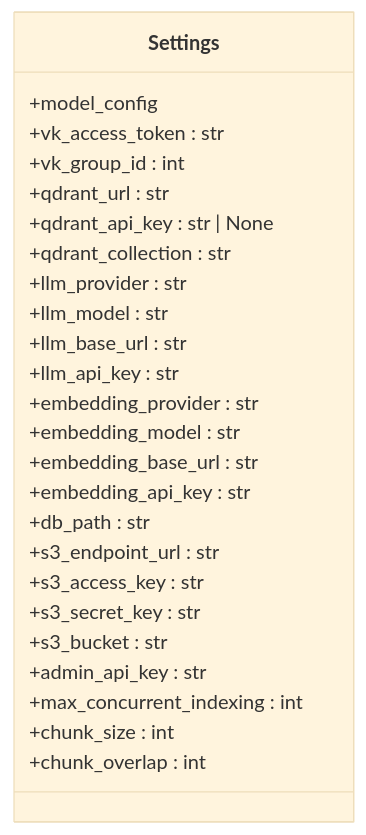
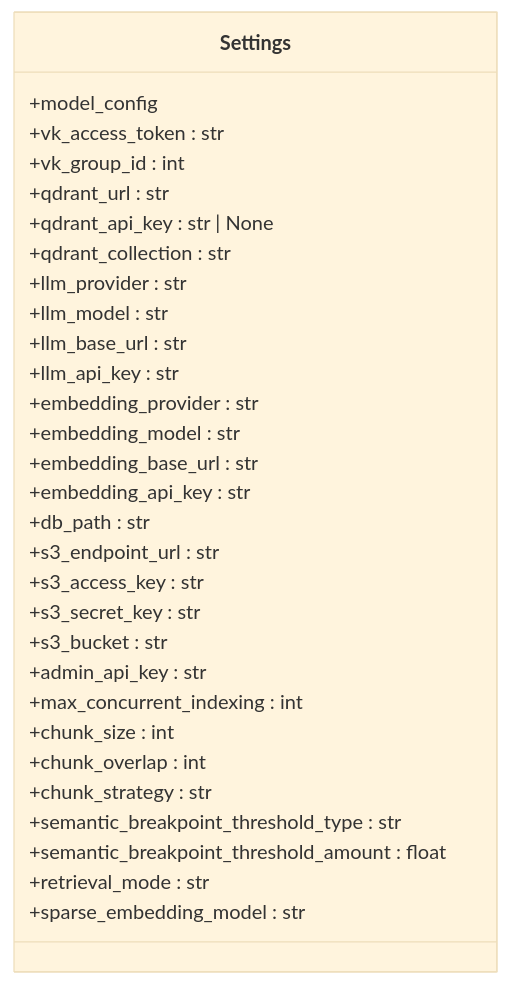
Before and after one commit to ognelis/cafetera_hr_bot: the third of 11 diagrams in .qoder/repowiki/en/content/Configuration Management.md, drawn with Mermaid (base theme). The commit also changed other lines of this file and 10 other files, not shown here.

````diff
--- a/.qoder/repowiki/en/content/Configuration Management.md
+++ b/.qoder/repowiki/en/content/Configuration Management.md
@@ -240,28 +262,33 @@
 ```mermaid
 classDiagram
 class Settings {
 +model_config
 +vk_access_token : str
 +vk_group_id : int
 +qdrant_url : str
 +qdrant_api_key : str | None
 +qdrant_collection : str
 +llm_provider : str
 +llm_model : str
 +llm_base_url : str
 +llm_api_key : str
 +embedding_provider : str
 +embedding_model : str
 +embedding_base_url : str
 +embedding_api_key : str
 +db_path : str
 +s3_endpoint_url : str
 +s3_access_key : str
 +s3_secret_key : str
 +s3_bucket : str
 +admin_api_key : str
 +max_concurrent_indexing : int
 +chunk_size : int
 +chunk_overlap : int
++chunk_strategy : str
++semantic_breakpoint_threshold_type : str
++semantic_breakpoint_threshold_amount : float
++retrieval_mode : str
++sparse_embedding_model : str
 }
 ```
````
